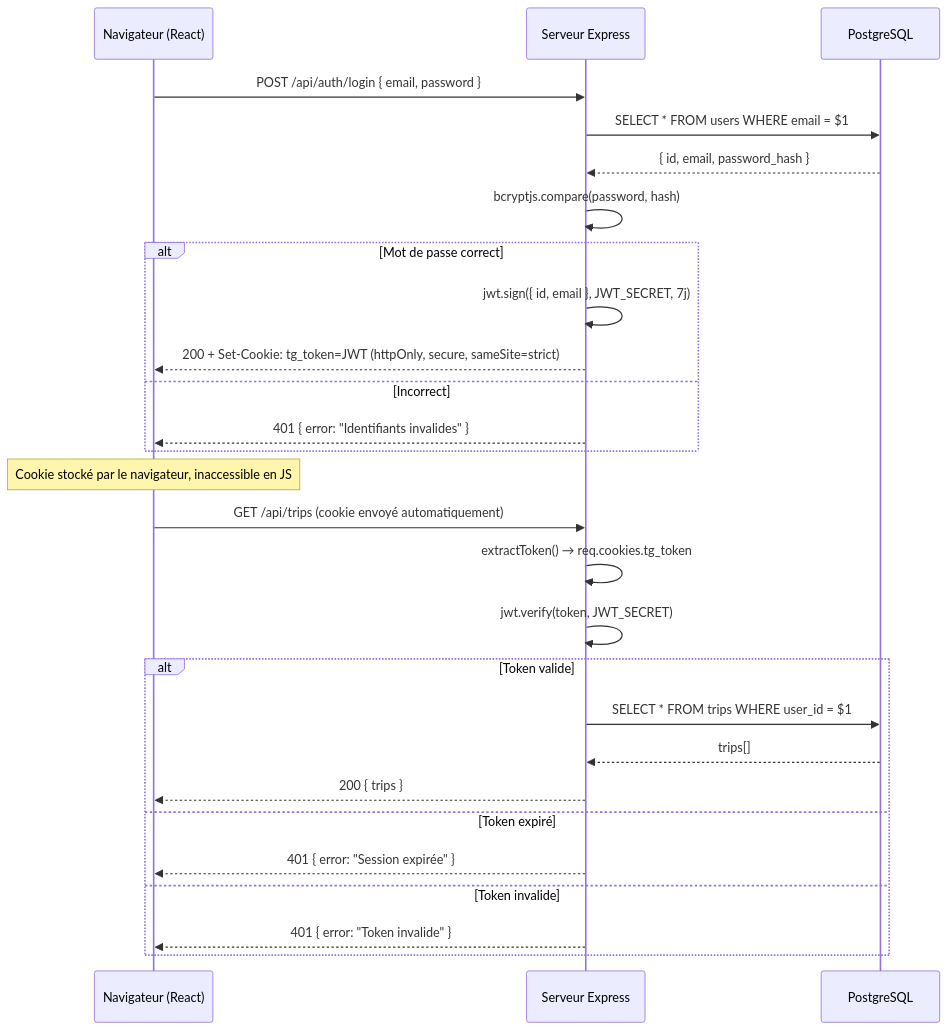
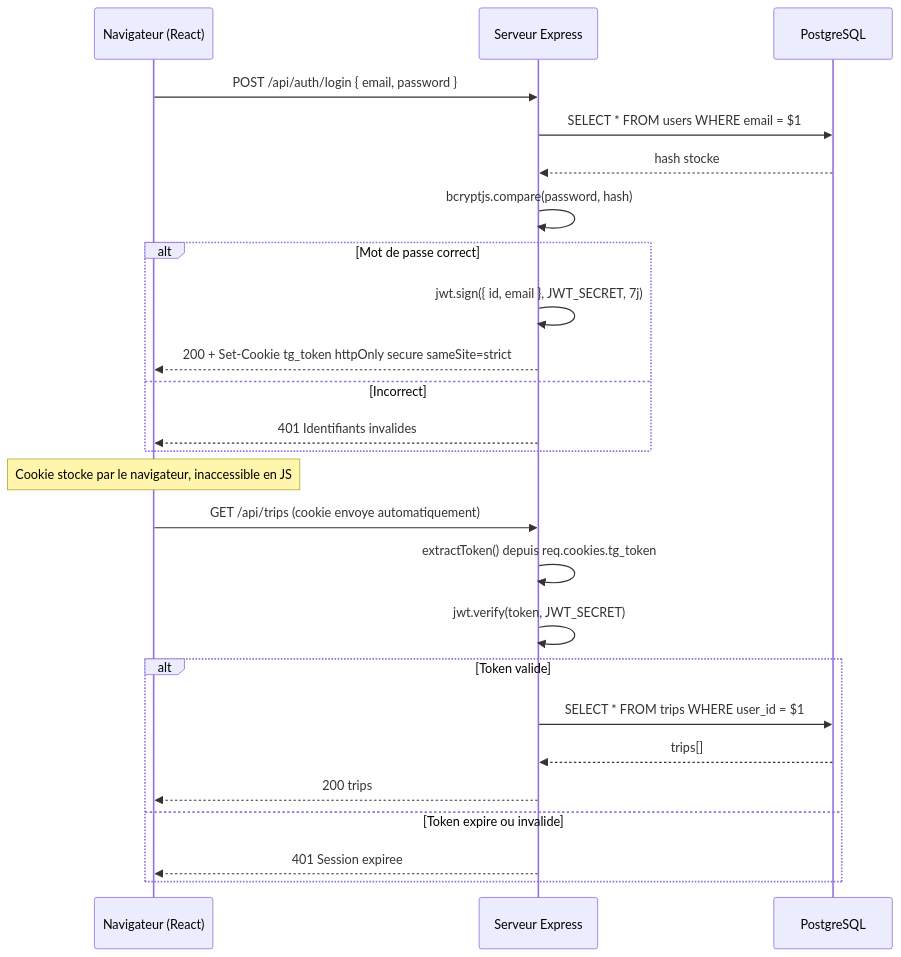
One commit to loties1533/tripgenie changed the third of 7 diagrams in docs/DIAGRAMS.md. Above: the diagram before and after it, drawn with Mermaid. The commit also changed other lines of this file, not shown here.

Commit message:
MAJ diagram

````diff
--- a/docs/DIAGRAMS.md
+++ b/docs/DIAGRAMS.md
@@ -152,32 +107,32 @@
 ```mermaid
 sequenceDiagram
     participant U as Navigateur (React)
     participant S as Serveur Express
     participant DB as PostgreSQL
 
     U->>S: POST /api/auth/login { email, password }
     S->>DB: SELECT * FROM users WHERE email = $1
-    DB-->>S: { id, email, password_hash }
+    DB-->>S: hash stocke
     S->>S: bcryptjs.compare(password, hash)
+
     alt Mot de passe correct
         S->>S: jwt.sign({ id, email }, JWT_SECRET, 7j)
-        S-->>U: 200 + Set-Cookie: tg_token=JWT (httpOnly, secure, sameSite=strict)
+        S-->>U: 200 + Set-Cookie tg_token httpOnly secure sameSite=strict
     else Incorrect
-        S-->>U: 401 { error: "Identifiants invalides" }
+        S-->>U: 401 Identifiants invalides
     end
 
-    Note over U: Cookie stocké par le navigateur, inaccessible en JS
+    Note over U: Cookie stocke par le navigateur, inaccessible en JS
 
-    U->>S: GET /api/trips (cookie envoyé automatiquement)
-    S->>S: extractToken() → req.cookies.tg_token
+    U->>S: GET /api/trips (cookie envoye automatiquement)
+    S->>S: extractToken() depuis req.cookies.tg_token
     S->>S: jwt.verify(token, JWT_SECRET)
+
     alt Token valide
         S->>DB: SELECT * FROM trips WHERE user_id = $1
         DB-->>S: trips[]
-        S-->>U: 200 { trips }
-    else Token expiré
-        S-->>U: 401 { error: "Session expirée" }
-    else Token invalide
-        S-->>U: 401 { error: "Token invalide" }
+        S-->>U: 200 trips
+    else Token expire ou invalide
+        S-->>U: 401 Session expiree
     end
 ```
````
